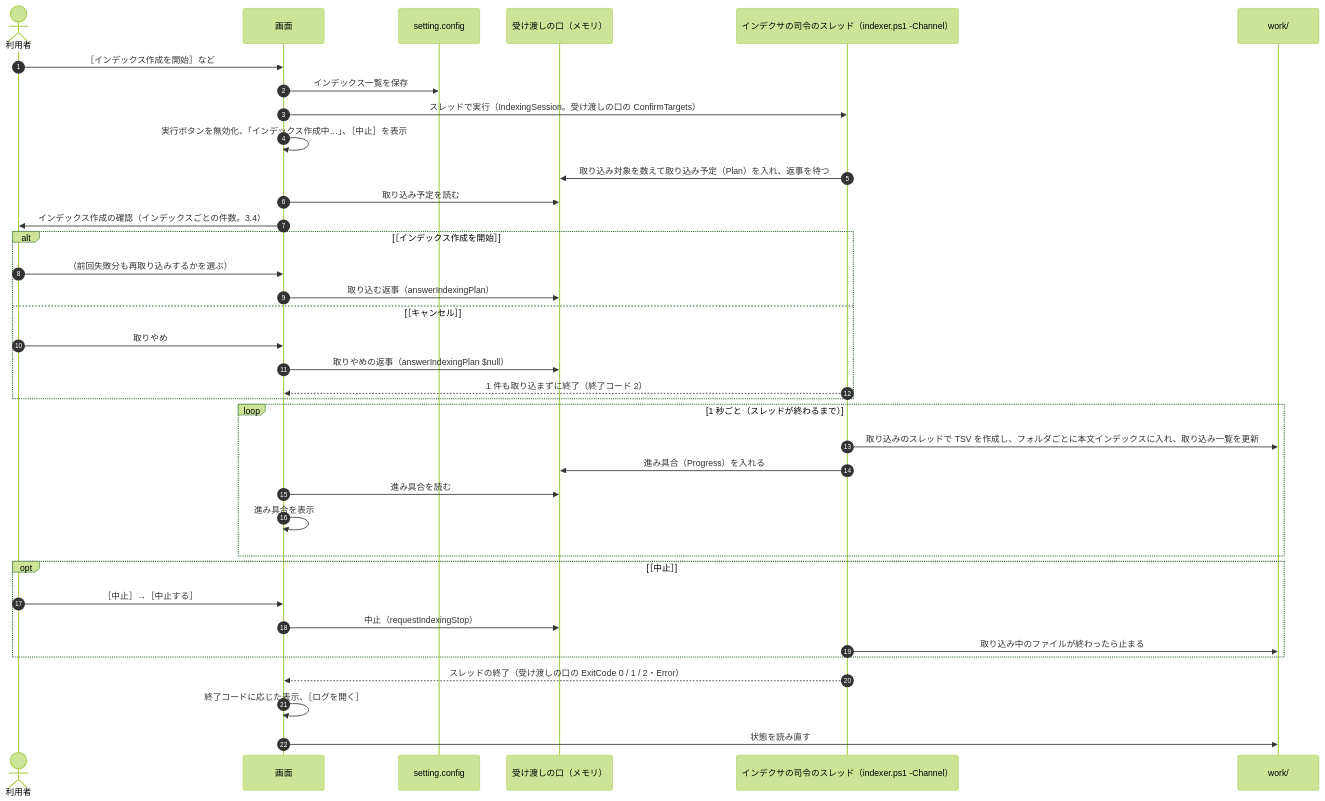
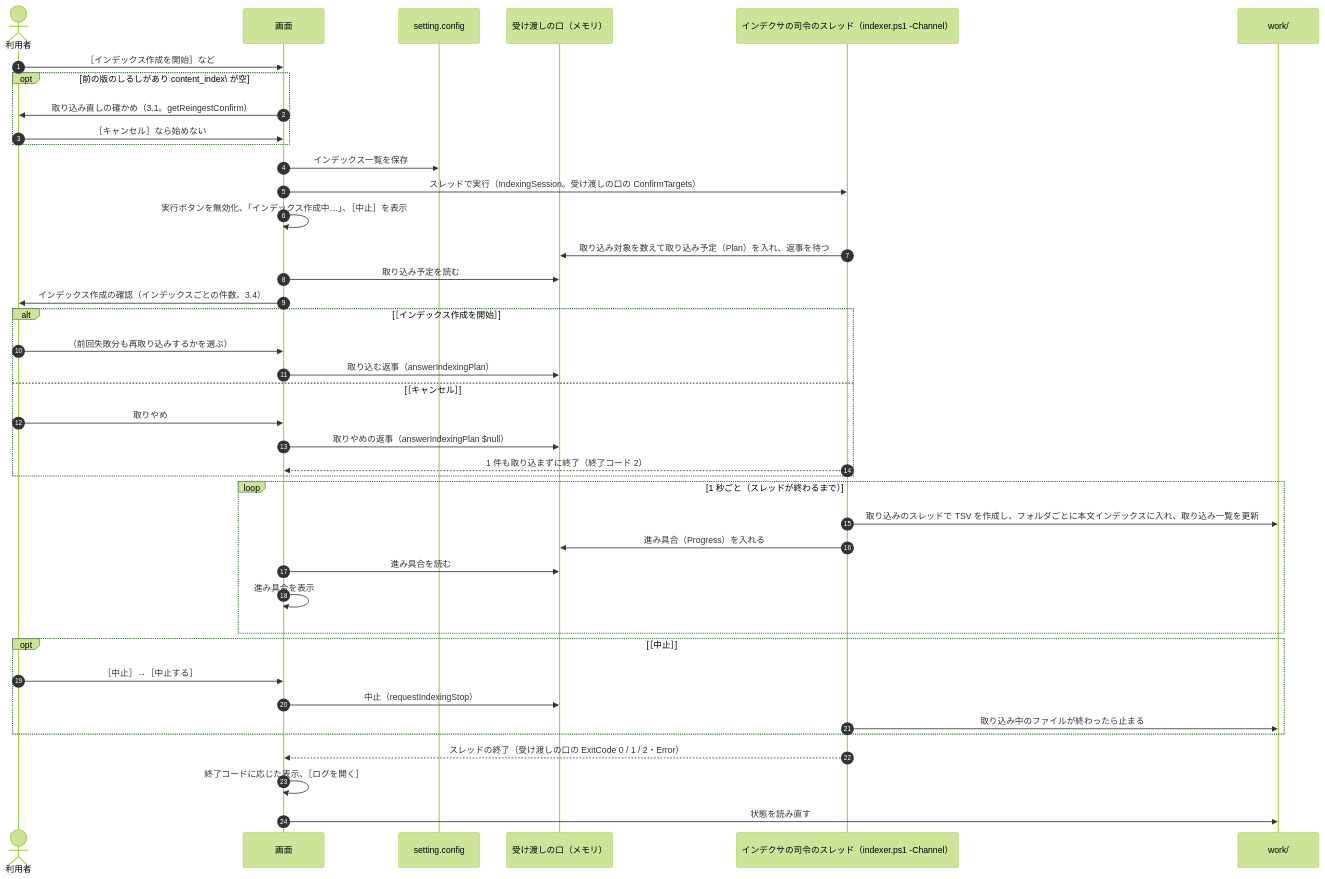
The third of 5 diagrams in docs/design/gui/state-flow.md (hsgwa/tebunko), drawn with Mermaid (forest theme) before and after one commit. The commit also changed other lines of this file and 16 other files, not shown here.

````diff
--- a/docs/design/gui/state-flow.md
+++ b/docs/design/gui/state-flow.md
@@ -82,40 +83,44 @@
 ```mermaid
 sequenceDiagram
     autonumber
     actor U as 利用者
     participant G as 画面
     participant C as setting.config
     participant K as 受け渡しの口（メモリ）
     participant P as インデクサの司令のスレッド（indexer.ps1 -Channel）
     participant W as work/
 
     U->>G: ［インデックス作成を開始］など
+    opt 前の版のしるしがあり content_index\ が空
+        G->>U: 取り込み直しの確かめ（3.1。getReingestConfirm）
+        U->>G: ［キャンセル］なら始めない
+    end
     G->>C: インデックス一覧を保存
     G->>P: スレッドで実行（IndexingSession。受け渡しの口の ConfirmTargets）
     G->>G: 実行ボタンを無効化、「インデックス作成中…」、［中止］を表示
     P->>K: 取り込み対象を数えて取り込み予定（Plan）を入れ、返事を待つ
     G->>K: 取り込み予定を読む
     G->>U: インデックス作成の確認（インデックスごとの件数。3.4）
     alt ［インデックス作成を開始］
         U->>G: （前回失敗分も再取り込みするかを選ぶ）
         G->>K: 取り込む返事（answerIndexingPlan）
     else ［キャンセル］
         U->>G: 取りやめ
         G->>K: 取りやめの返事（answerIndexingPlan $null）
         P-->>G: 1 件も取り込まずに終了（終了コード 2）
     end
     loop 1 秒ごと（スレッドが終わるまで）
         P->>W: 取り込みのスレッドで TSV を作成し、フォルダごとに本文インデックスに入れ、取り込み一覧を更新
         P->>K: 進み具合（Progress）を入れる
         G->>K: 進み具合を読む
         G->>G: 進み具合を表示
     end
     opt ［中止］
         U->>G: ［中止］→［中止する］
         G->>K: 中止（requestIndexingStop）
         P->>W: 取り込み中のファイルが終わったら止まる
     end
     P-->>G: スレッドの終了（受け渡しの口の ExitCode 0 / 1 / 2・Error）
     G->>G: 終了コードに応じた表示、［ログを開く］
     G->>W: 状態を読み直す
 ```
````
